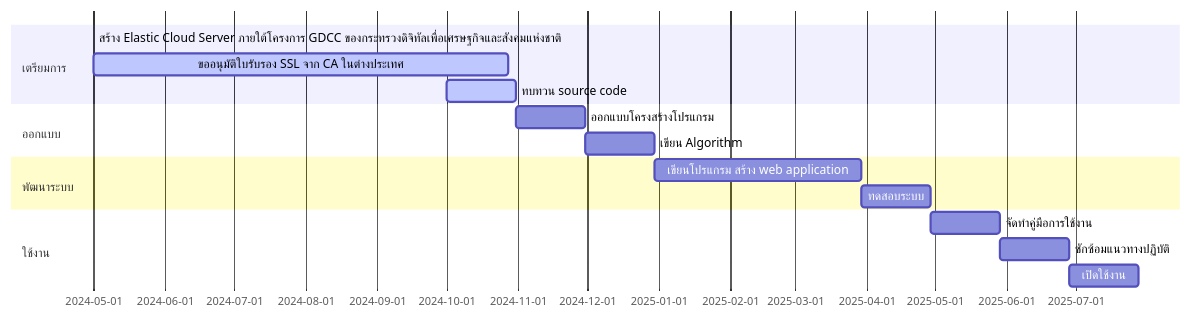
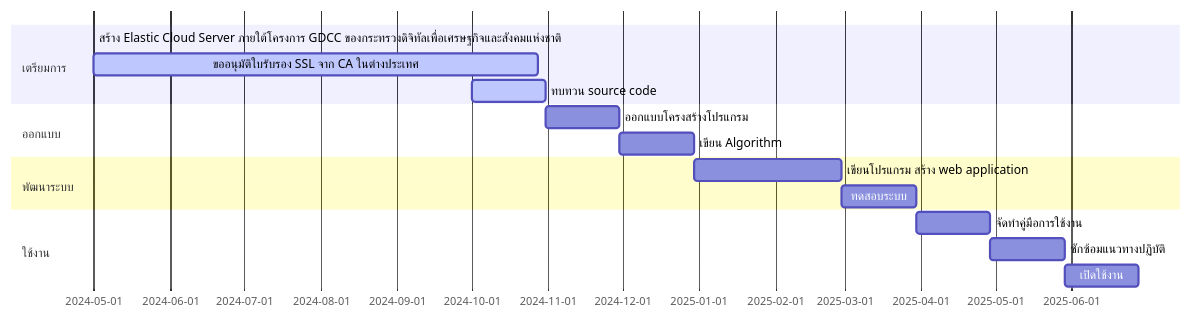
The first of 2 diagrams in README.md (Kietpawpan/e-tracking), drawn with Mermaid before and after one commit.

````diff
--- a/README.md
+++ b/README.md
@@ -10,19 +10,19 @@
 ```mermaid
 gantt
     section เตรียมการ
     สร้าง Elastic Cloud Server ภายใต้โครงการ GDCC ของกระทรวงดิจิทัลเพื่อเศรษฐกิจและสังคมแห่งชาติ :done,    des1, 2024-05-01,2024-05-30
     ขออนุมัติใบรับรอง SSL จาก CA ในต่างประเทศ        :active, des2, after des1, 180d
     ทบทวน source code  :   active, des3, 2024-10-01, 30d
     section ออกแบบ
     ออกแบบโครงสร้างโปรแกรม  :         des4, after des3, 30d
     เขียน Algorithm:   des5, after des4, 30d
     section พัฒนาระบบ
-    เขียนโปรแกรม สร้าง web application  :  des6, after des5, 90d
+    เขียนโปรแกรม สร้าง web application  :  des6, after des5, 60d
     ทดสอบระบบ:des7, after des6, 30d
    section ใช้งาน
     จัดทำคู่มือการใช้งาน   :         des8, after des7, 30d
     ซักซ้อมแนวทางปฏิบัติ   :         des9, after des8, 30d
       เปิดใช้งาน: des10, after des9, 30d
 
 
 ```
````
